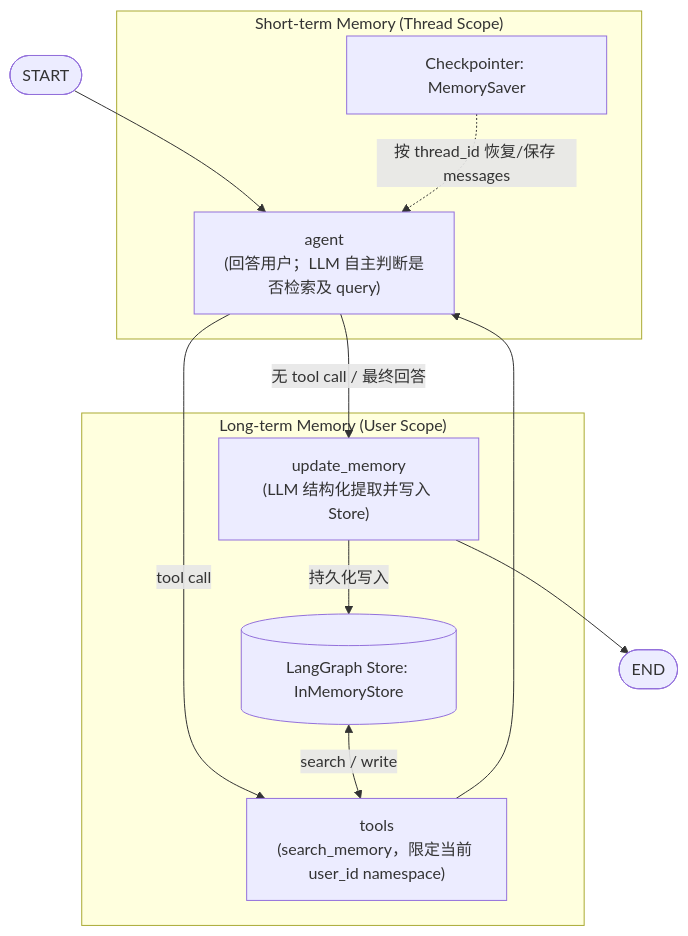
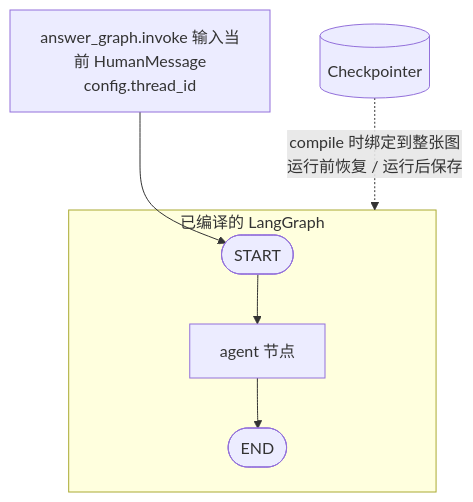
One commit to softarts/enterpriseAI-knowledge changed the diagram in langchain_memory/README.md. Above: the diagram before and after it, drawn with Mermaid. The commit also changed other lines of this file and 31 other files, not shown here.

Commit message:
short memory

````diff
--- a/langchain_memory/README.md
+++ b/langchain_memory/README.md
@@ -100,17 +7,9 @@
 ```mermaid
 flowchart TD
-    Start([START]) --> Agent["agent<br/>(回答用户；LLM 自主判断是否检索及 query)"]
-    Agent -->|tool call| Tools["tools<br/>(search_memory，限定当前 user_id namespace)"]
-    Tools --> Agent
-    Agent -->|无 tool call / 最终回答| UpdateNode["update_memory<br/>(LLM 结构化提取并写入 Store)"]
-    UpdateNode --> EndNode([END])
-
-    subgraph "Short-term Memory (Thread Scope)"
-      CP[Checkpointer: MemorySaver] -.->|按 thread_id 恢复/保存 messages| Agent
+    Invoke[answer_graph.invoke 输入当前 HumanMessage<br/>config.thread_id] --> Start
+    subgraph Graph[已编译的 LangGraph]
+        Start([START]) --> Agent[agent 节点]
+        Agent --> End([END])
     end
-
-    subgraph "Long-term Memory (User Scope)"
-      Store[(LangGraph Store: InMemoryStore)] <-->|search / write| Tools
-        UpdateNode -->|持久化写入| Store
-    end
+    Checkpointer[(Checkpointer)] -. compile 时绑定到整张图<br/>运行前恢复 / 运行后保存 .-> Graph
 ```
````
